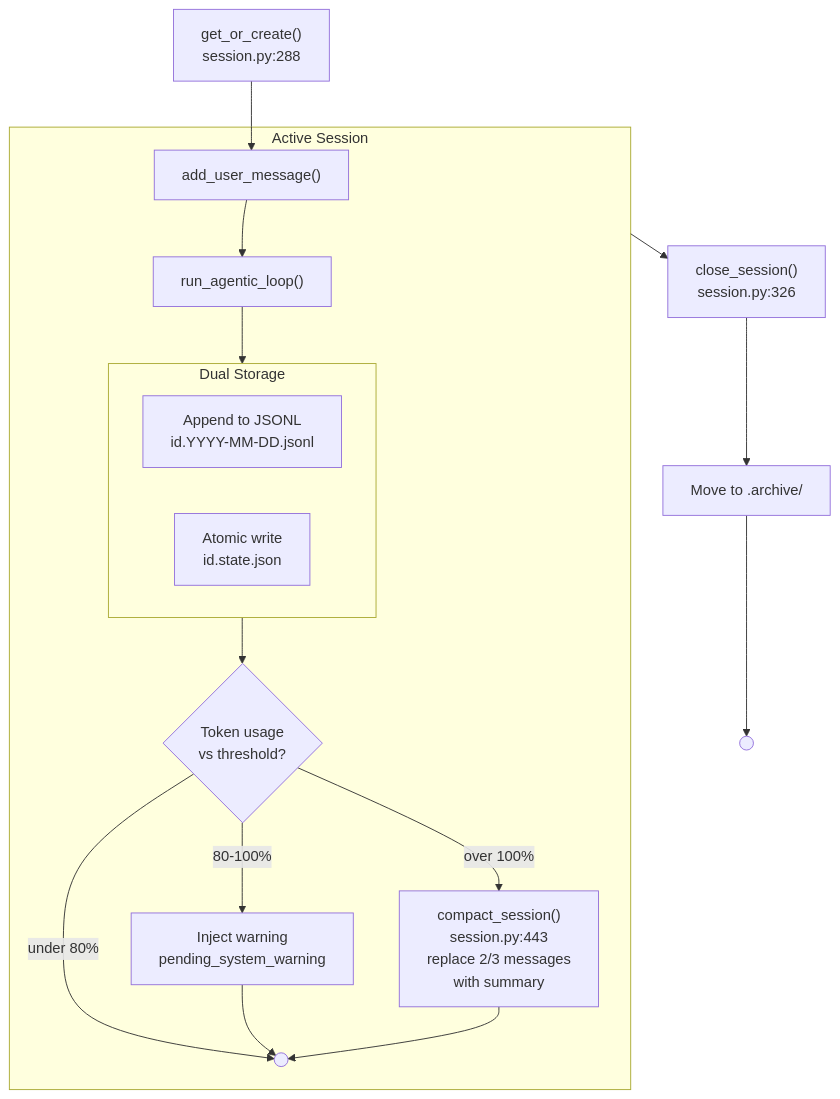
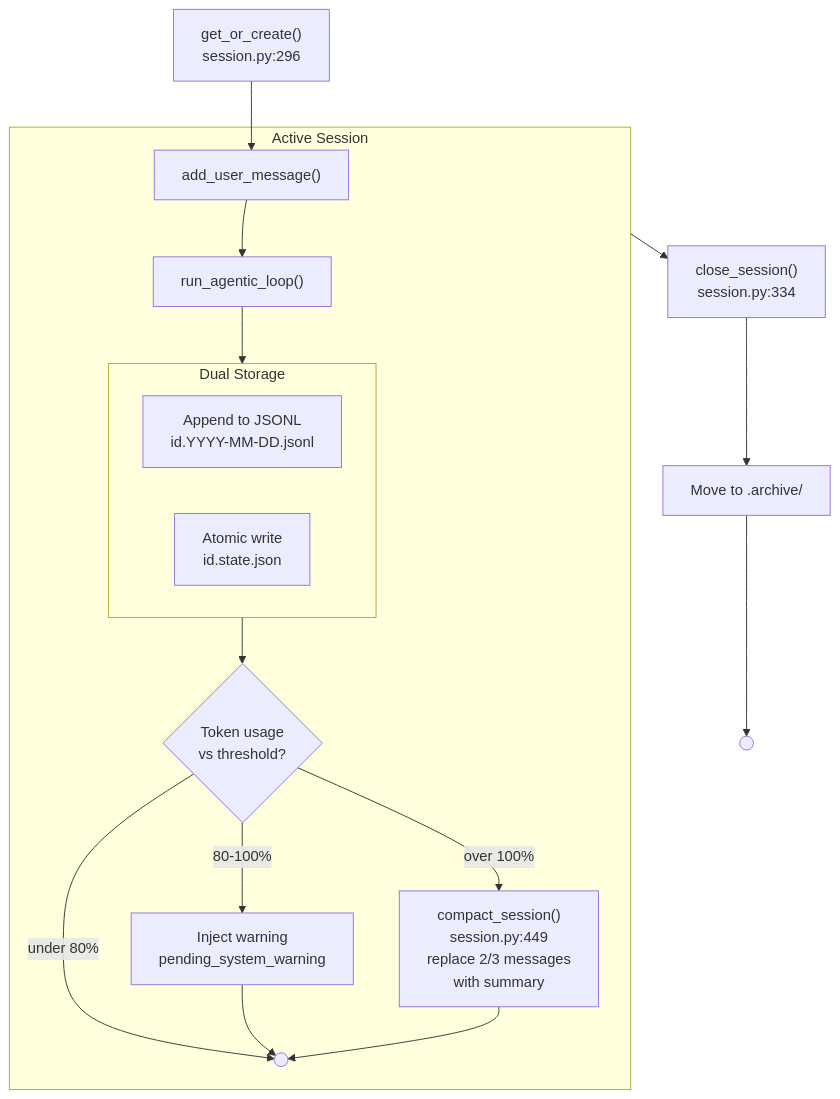
One commit to nicolasforstinger/lucyd changed the sixth of 8 diagrams in docs/diagrams.md. Above: the diagram before and after it, drawn with Mermaid. The commit also changed other lines of this file and 15 other files, not shown here.

````diff
--- a/docs/diagrams.md
+++ b/docs/diagrams.md
@@ -241,29 +241,29 @@
 ```mermaid
 flowchart TD
-    CREATE["get_or_create()<br/>session.py:288"]
+    CREATE["get_or_create()<br/>session.py:296"]
 
     subgraph Active["Active Session"]
         USER_MSG["add_user_message()"]
         AGENTIC["run_agentic_loop()"]
 
         subgraph Persist["Dual Storage"]
             JSONL["Append to JSONL<br/>id.YYYY-MM-DD.jsonl"]
             STATE["Atomic write<br/>id.state.json"]
         end
 
         THRESHOLD{"Token usage<br/>vs threshold?"}
         NORMAL((" "))
         WARN["Inject warning<br/>pending_system_warning"]
-        COMPACT["compact_session()<br/>session.py:443<br/>replace 2/3 messages<br/>with summary"]
+        COMPACT["compact_session()<br/>session.py:449<br/>replace 2/3 messages<br/>with summary"]
     end
 
-    CLOSE["close_session()<br/>session.py:326"]
+    CLOSE["close_session()<br/>session.py:334"]
     ARCHIVE["Move to .archive/"]
     DONE((" "))
 
     CREATE --> USER_MSG --> AGENTIC --> Persist --> THRESHOLD
     THRESHOLD -->|"under 80%"| NORMAL
     THRESHOLD -->|"80-100%"| WARN --> NORMAL
     THRESHOLD -->|"over 100%"| COMPACT --> NORMAL
     Active --> CLOSE --> ARCHIVE --> DONE
 ```
````
